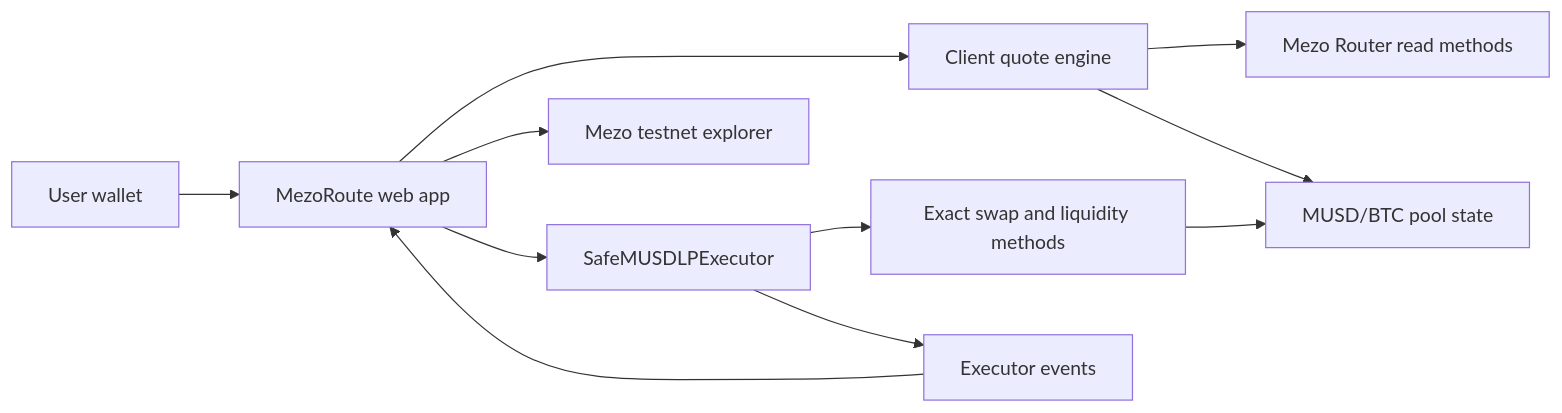
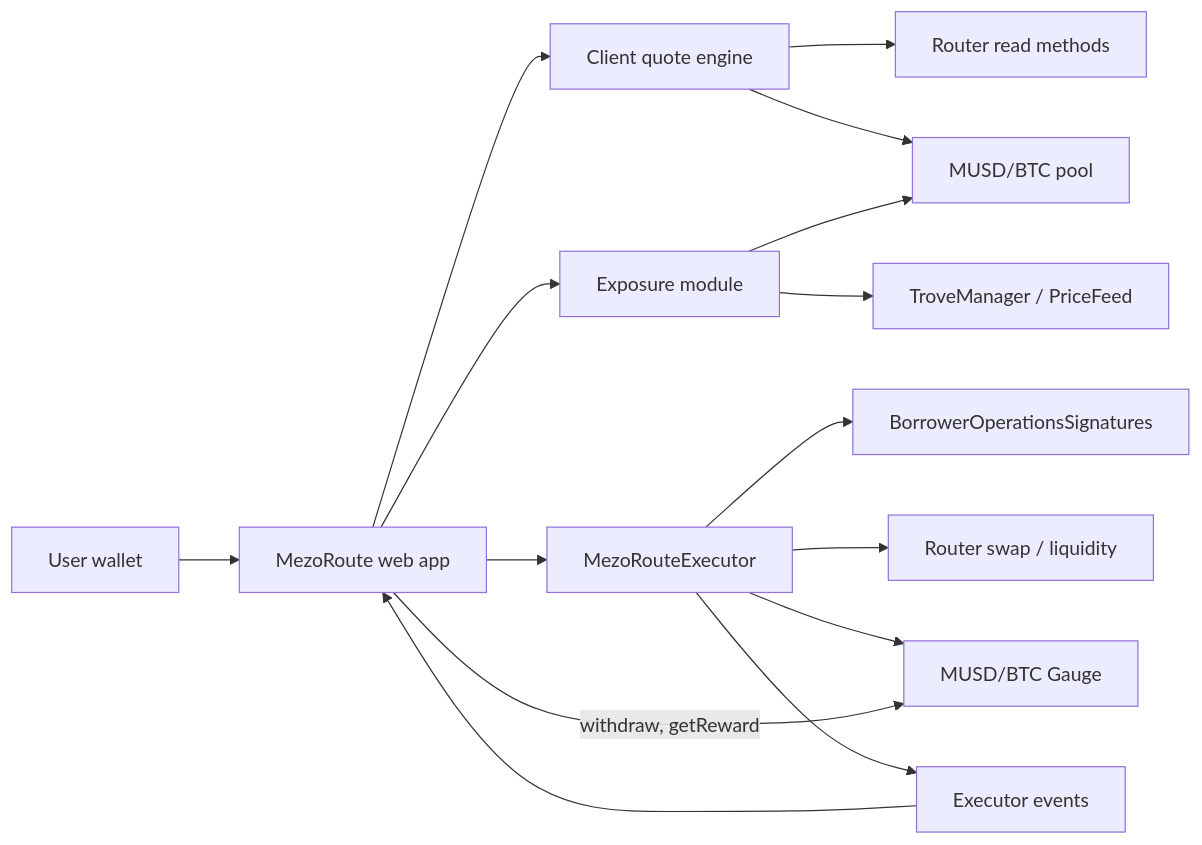
One commit to hms1499/MezoRoute changed the diagram in PRODUCT_SPEC.md. Above: the diagram before and after it, drawn with Mermaid. The commit also changed other lines of this file, not shown here.

First line of the commit message:
Rewrite product spec v2 for two-wave MezoRoute plan

````diff
--- a/PRODUCT_SPEC.md
+++ b/PRODUCT_SPEC.md
@@ -321,13 +285,17 @@
 ```mermaid
 flowchart LR
     U[User wallet] --> UI[MezoRoute web app]
     UI --> Q[Client quote engine]
-    Q --> R[Mezo Router read methods]
-    Q --> P[MUSD/BTC pool state]
-    UI --> E[SafeMUSDLPExecutor]
-    E --> R2[Exact swap and liquidity methods]
-    R2 --> P
+    UI --> X[Exposure module]
+    Q --> R[Router read methods]
+    Q --> P[MUSD/BTC pool]
+    X --> T[TroveManager / PriceFeed]
+    X --> P
+    UI --> E[MezoRouteExecutor]
+    E --> BOS[BorrowerOperationsSignatures]
+    E --> R2[Router swap / liquidity]
+    E --> G[MUSD/BTC Gauge]
+    UI -->|withdraw, getReward| G
     E --> L[Executor events]
     L --> UI
-    UI --> X[Mezo testnet explorer]
 ```
````
